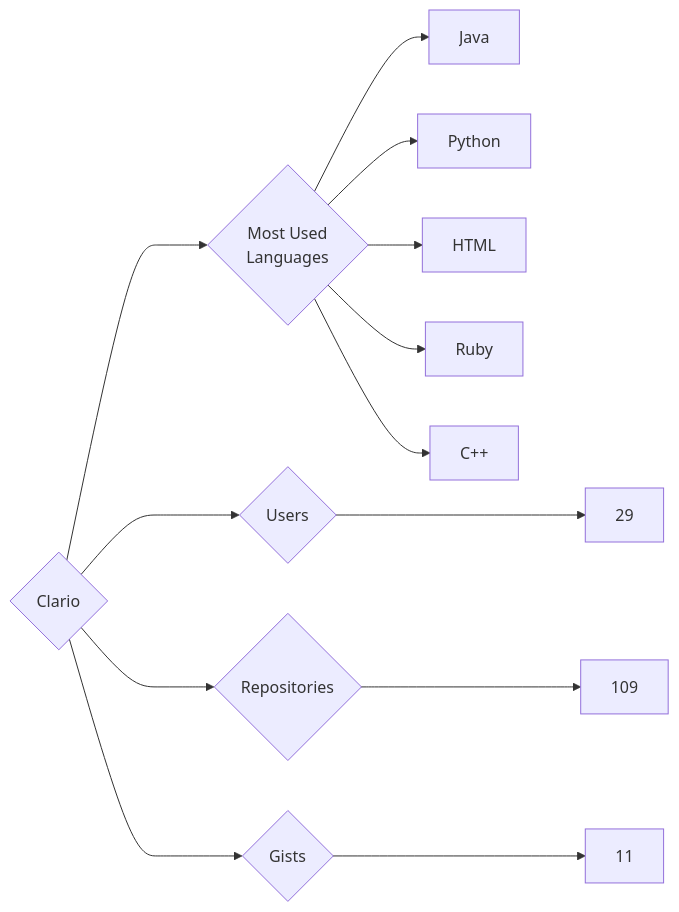
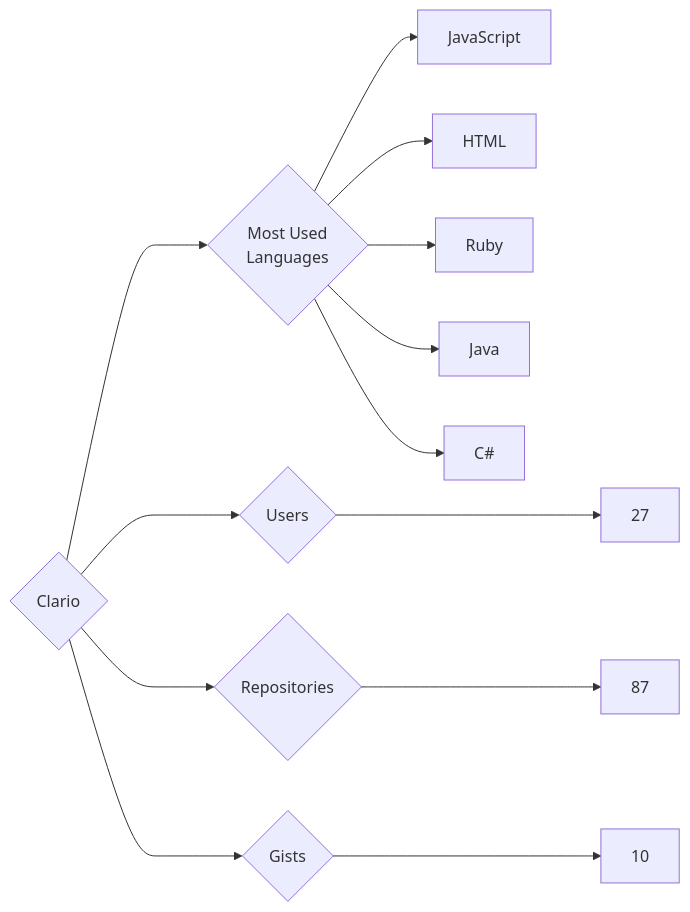
Before and after one commit to trickest/insiders: the diagram in targets/Clario/README.md, drawn with Mermaid. The commit also changed 870 other files, not shown here.

````diff
--- a/targets/Clario/README.md
+++ b/targets/Clario/README.md
@@ -3,13 +3,13 @@
 ```mermaid
 graph LR
 COMPANY_NAME{Clario}
-COMPANY_NAME ---> U{Users} ---> UN[29]
-COMPANY_NAME ---> R{Repositories} ---> RN[109]
-COMPANY_NAME ---> G{Gists} ---> GN[11]
+COMPANY_NAME ---> U{Users} ---> UN[27]
+COMPANY_NAME ---> R{Repositories} ---> RN[87]
+COMPANY_NAME ---> G{Gists} ---> GN[10]
 COMPANY_NAME ---> ML{Most Used<br>Languages}
-ML --> Java[Java]
-ML --> Python[Python]
+ML --> JavaScript[JavaScript]
 ML --> HTML[HTML]
 ML --> Ruby[Ruby]
-ML --> C++[C++]
+ML --> Java[Java]
+ML --> C#[C#]
 ```
````
